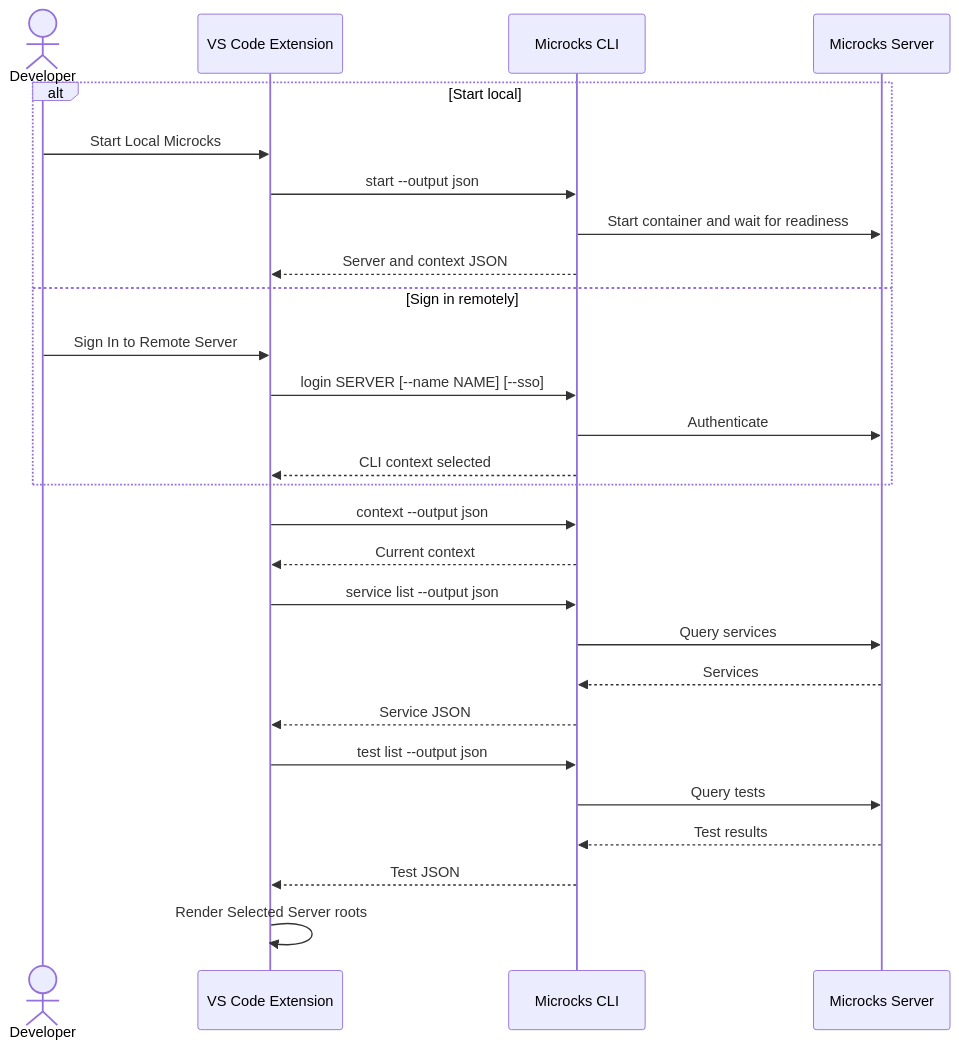
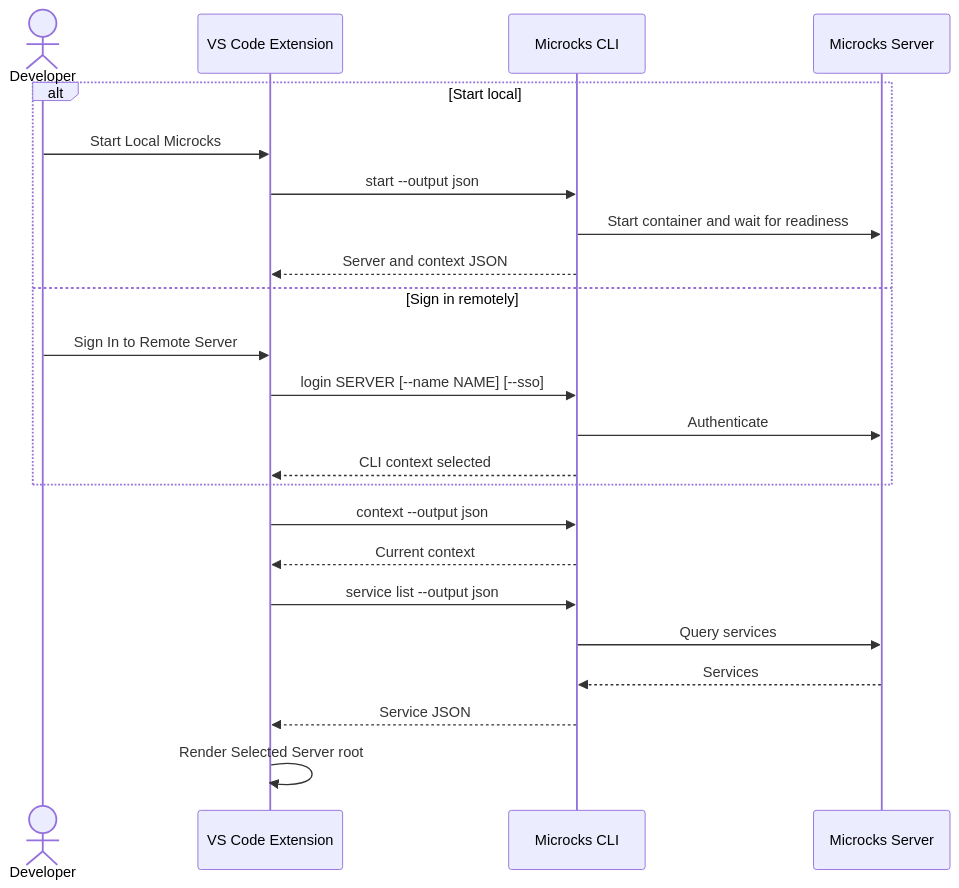
Before and after one commit to Caesarsage/microcks-vscode: the third of 4 diagrams in docs/architecture.md, drawn with Mermaid. The commit also changed other lines of this file and 2 other files, not shown here.

Commit message:
docs: document deferred test browsing and container driver

````diff
--- a/docs/architecture.md
+++ b/docs/architecture.md
@@ -205,34 +205,29 @@
 ```mermaid
 sequenceDiagram
     actor Developer
     participant VSCode as VS Code Extension
     participant CLI as Microcks CLI
     participant Server as Microcks Server
 
     alt Start local
         Developer->>VSCode: Start Local Microcks
         VSCode->>CLI: start --output json
         CLI->>Server: Start container and wait for readiness
         CLI-->>VSCode: Server and context JSON
     else Sign in remotely
         Developer->>VSCode: Sign In to Remote Server
         VSCode->>CLI: login SERVER [--name NAME] [--sso]
         CLI->>Server: Authenticate
         CLI-->>VSCode: CLI context selected
     end
 
     VSCode->>CLI: context --output json
     CLI-->>VSCode: Current context
 
     VSCode->>CLI: service list --output json
     CLI->>Server: Query services
     Server-->>CLI: Services
     CLI-->>VSCode: Service JSON
 
-    VSCode->>CLI: test list --output json
-    CLI->>Server: Query tests
-    Server-->>CLI: Test results
-    CLI-->>VSCode: Test JSON
-
-    VSCode->>VSCode: Render Selected Server roots
+    VSCode->>VSCode: Render Selected Server root
 ```
````
